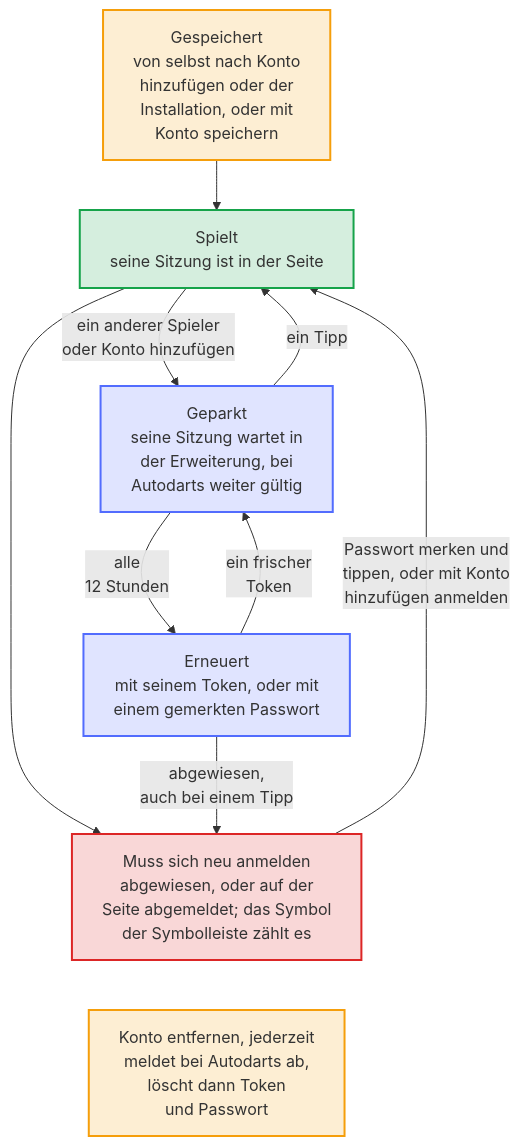
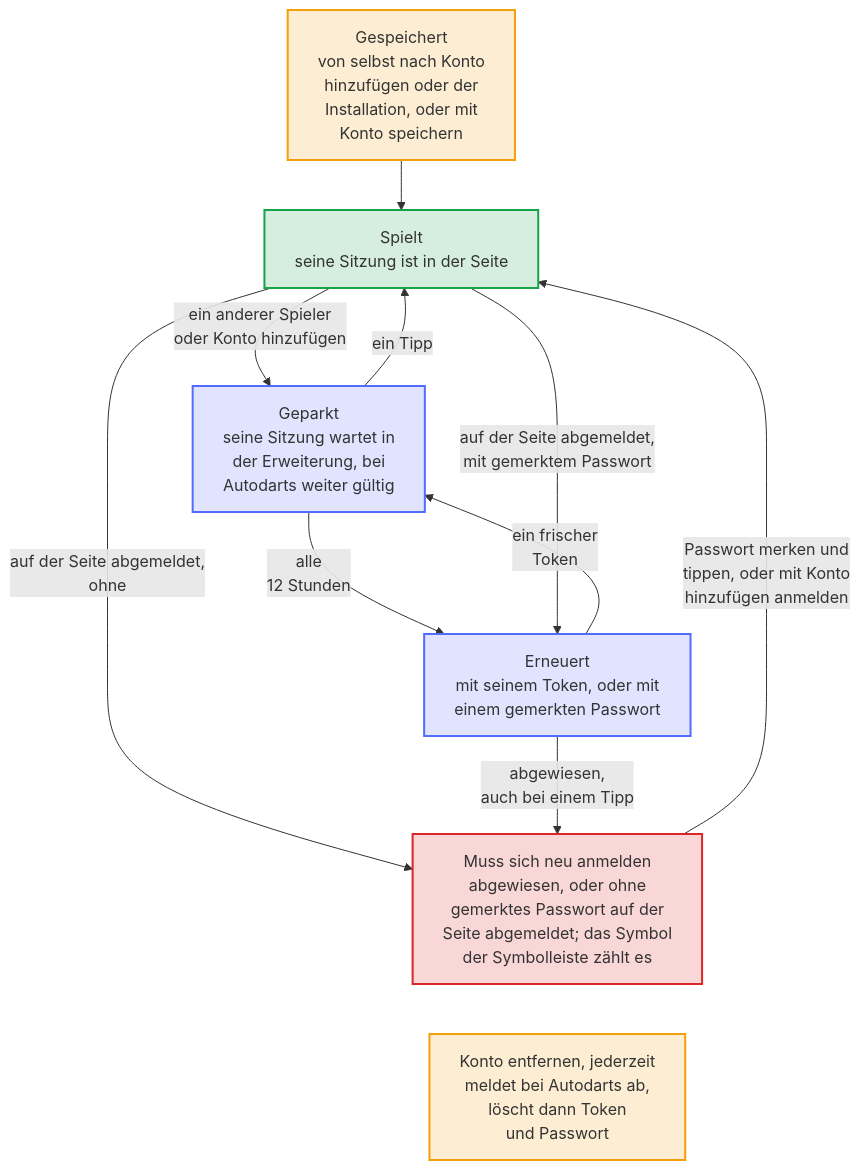
The diagram in docs/diagrams/account-states.de.mmd (Dennis-Otto/player-switch-for-autodarts), drawn with Mermaid before and after one commit. The commit also changed 18 other files, not shown here.

```diff
--- a/docs/diagrams/account-states.de.mmd
+++ b/docs/diagrams/account-states.de.mmd
@@ -1,34 +1,35 @@
 ---
 config:
   flowchart:
     wrappingWidth: 400
 ---
 flowchart TB
     accTitle: Das Leben eines gespeicherten Kontos
-    accDescr: Ein Konto, das sich auf der Seite anmeldet, wird nach Konto hinzufügen oder der Installation von selbst gespeichert, oder mit Konto speichern, und es spielt. Kommt ein anderer Spieler dran, oder meldet Konto hinzufügen die Seite ab, wird seine Sitzung geparkt, bei Autodarts weiter gültig, und ein Tipp holt es zurück. Alle 12 Stunden erneuert die Erweiterung jede geparkte Sitzung, mit ihrem Token oder einem gemerkten Passwort. Weist Autodarts ein Konto ab, bei einer Erneuerung oder einem Tipp, oder meldet es sich auf der Seite ab, muss es sich neu anmelden, und das Symbol in der Symbolleiste zählt es: sein Passwort merken und darauf tippen, oder sich einmal mit Konto hinzufügen anmelden. Konto entfernen meldet ein Konto bei Autodarts ab und löscht es dann mit Token und Passwort, in jedem Zustand.
+    accDescr: Ein Konto, das sich auf der Seite anmeldet, wird nach Konto hinzufügen oder der Installation von selbst gespeichert, oder mit Konto speichern, und es spielt. Kommt ein anderer Spieler dran, oder meldet Konto hinzufügen die Seite ab, wird seine Sitzung geparkt, bei Autodarts weiter gültig, und ein Tipp holt es zurück. Alle 12 Stunden erneuert die Erweiterung jede geparkte Sitzung, mit ihrem Token oder einem gemerkten Passwort. Meldet es sich auf der Seite ab und merkt sich sein Passwort, meldet es die nächste Erneuerung oder ein Tipp mit diesem Passwort an. Weist Autodarts ein Konto ab, bei einer Erneuerung oder einem Tipp, oder meldet es sich ohne gemerktes Passwort auf der Seite ab, muss es sich neu anmelden, und das Symbol in der Symbolleiste zählt es: sein Passwort merken und darauf tippen, oder sich einmal mit Konto hinzufügen anmelden. Konto entfernen meldet ein Konto bei Autodarts ab und löscht es dann mit Token und Passwort, in jedem Zustand.
 
     save["Gespeichert<br>von selbst nach Konto<br>hinzufügen oder der<br>Installation, oder mit<br>Konto speichern"]
     playing["Spielt<br>seine Sitzung ist in der Seite"]
     parked["Geparkt<br>seine Sitzung wartet in<br>der Erweiterung, bei<br>Autodarts weiter gültig"]
     renewal["Erneuert<br>mit seinem Token, oder mit<br>einem gemerkten Passwort"]
-    signin["Muss sich neu anmelden<br>abgewiesen, oder auf der<br>Seite abgemeldet; das Symbol<br>der Symbolleiste zählt es"]
+    signin["Muss sich neu anmelden<br>abgewiesen, oder ohne<br>gemerktes Passwort auf der<br>Seite abgemeldet; das Symbol<br>der Symbolleiste zählt es"]
     removed["Konto entfernen, jederzeit<br>meldet bei Autodarts ab,<br>löscht dann Token<br>und Passwort"]
 
     save --> playing
     playing -- "ein anderer Spieler<br>oder Konto hinzufügen" --> parked
     parked -- "ein Tipp" --> playing
     parked -- "alle<br>12 Stunden" --> renewal
     renewal -- "ein frischer<br>Token" --> parked
-    playing --> signin
+    playing -- "auf der Seite abgemeldet,<br>mit gemerktem Passwort" --> renewal
+    playing -- "auf der Seite abgemeldet,<br>ohne" --> signin
     renewal -- "abgewiesen,<br>auch bei einem Tipp" --> signin
     signin -- "Passwort merken und<br>tippen, oder mit Konto<br>hinzufügen anmelden" --> playing
     signin ~~~ removed
 
     classDef bot fill:#526cfe2e,stroke:#526cfe,stroke-width:2px
     classDef done fill:#16a34a2e,stroke:#16a34a,stroke-width:2px
     classDef person fill:#f59e0b2e,stroke:#f59e0b,stroke-width:2px
     classDef failed fill:#dc26262e,stroke:#dc2626,stroke-width:2px
     class save,removed person
     class playing done
     class parked,renewal bot
     class signin failed
```
